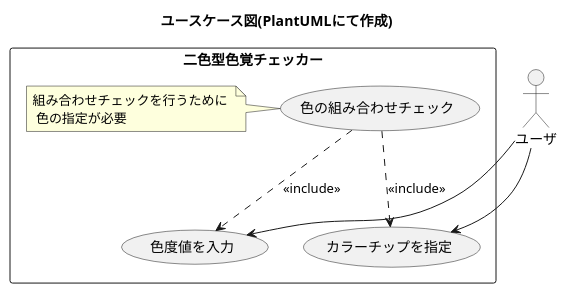
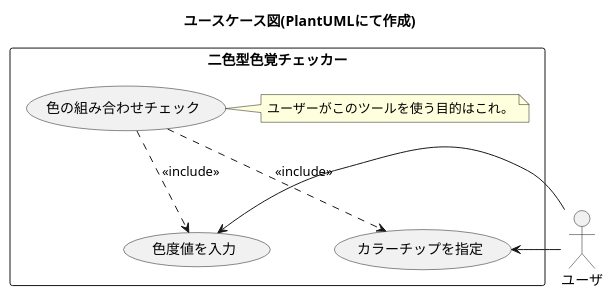
Before and after one commit to Kahiro-M/DichroSim: the diagram in DichroSim/design/UseCase.wsd, drawn with PlantUML. The commit also changed 11 other files, not shown here.

Commit message:
クラス図に基づいてライブラリのファイルを分割

```diff
--- a/DichroSim/design/UseCase.wsd
+++ b/DichroSim/design/UseCase.wsd
@@ -1,21 +1,21 @@
 @startuml
 title ユースケース図(PlantUMLにて作成) 
 
 ' アクター
 actor ユーザ
 
 ' 関連
 rectangle 二色型色覚チェッカー{
 	
 	usecase (色度値を入力)
 	usecase (カラーチップを指定)
 	usecase (色の組み合わせチェック)
-	note left : 組み合わせチェックを行うために \n 色の指定が必要
+	note right : ユーザーがこのツールを使う目的はこれ。
 
-	ユーザ --> (色度値を入力)
-	ユーザ --> (カラーチップを指定)
+	ユーザ -> (色度値を入力)
+	ユーザ -> (カラーチップを指定)
 
 	(色の組み合わせチェック) ..> (色度値を入力): <<include>>
 	(色の組み合わせチェック) ..> (カラーチップを指定): <<include>>
 }
 @enduml
```
